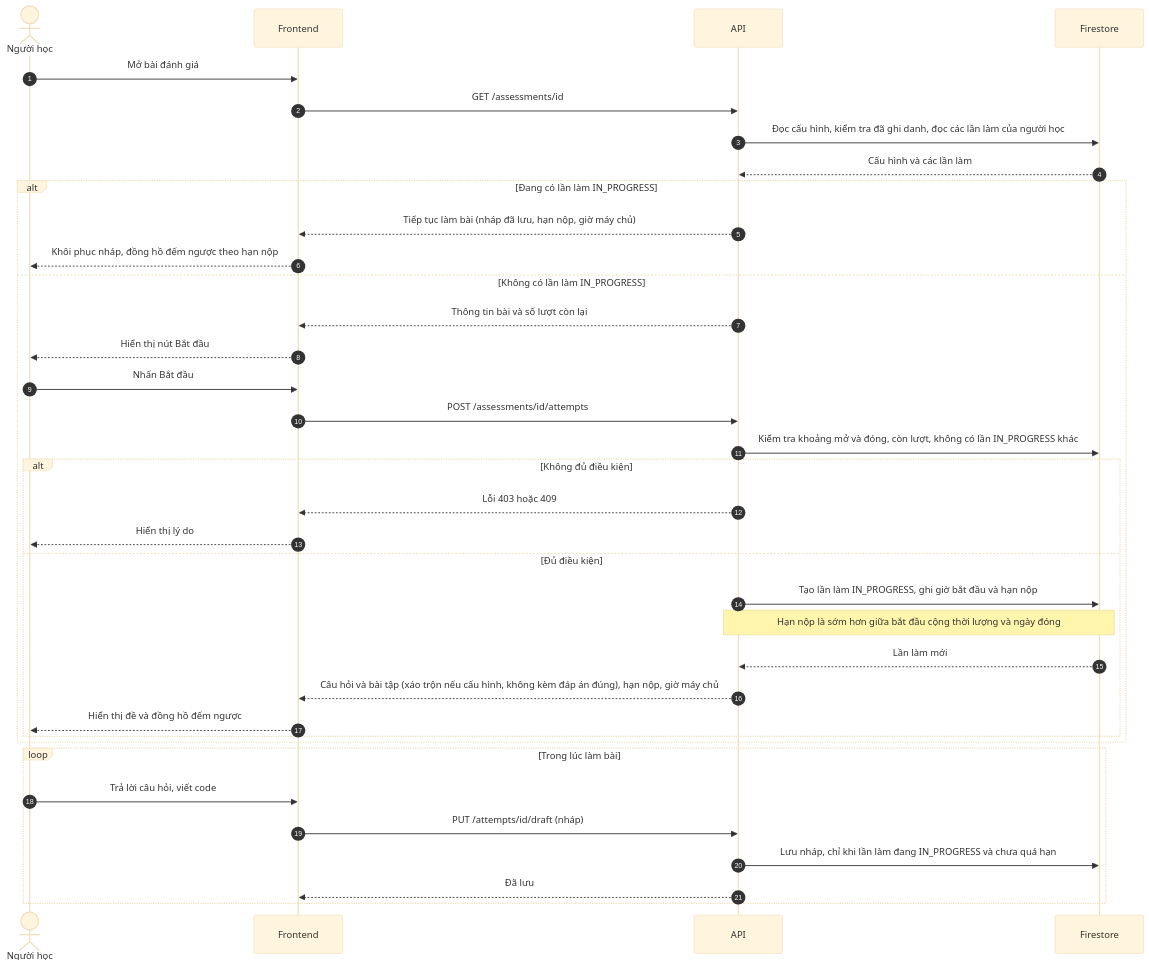
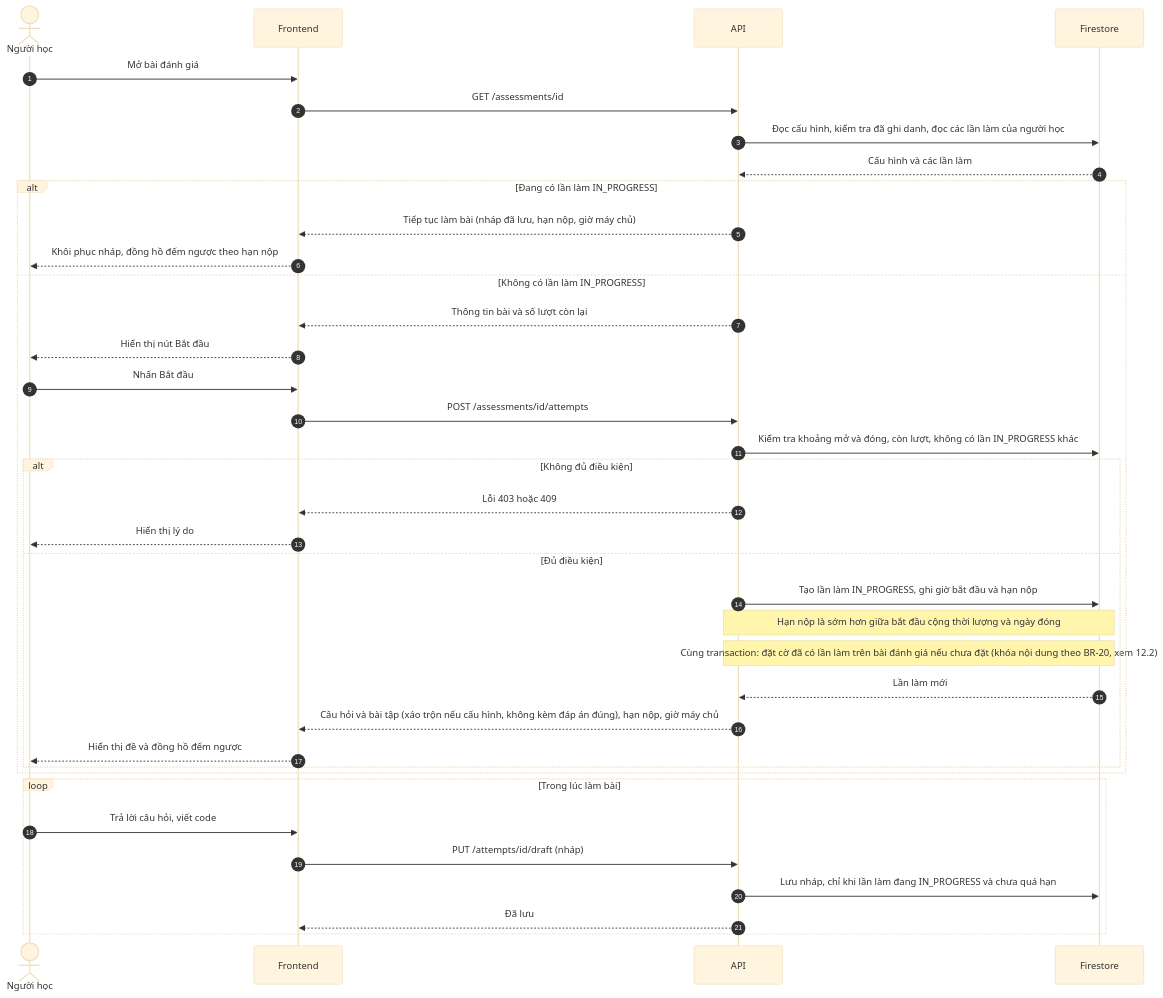
Before and after one commit to krisaleth/codepath: the third of 24 diagrams in docs/sequence-diagram.md, drawn with Mermaid (base theme). The commit also changed other lines of this file and 2 other files, not shown here.

````diff
--- a/docs/sequence-diagram.md
+++ b/docs/sequence-diagram.md
@@ -215,42 +221,43 @@
 ```mermaid
 sequenceDiagram
   autonumber
   actor L as Người học
   participant FE as Frontend
   participant API as API
   participant DB as Firestore
 
   L->>FE: Mở bài đánh giá
   FE->>API: GET /assessments/id
   API->>DB: Đọc cấu hình, kiểm tra đã ghi danh, đọc các lần làm của người học
   DB-->>API: Cấu hình và các lần làm
 
   alt Đang có lần làm IN_PROGRESS
     API-->>FE: Tiếp tục làm bài (nháp đã lưu, hạn nộp, giờ máy chủ)
     FE-->>L: Khôi phục nháp, đồng hồ đếm ngược theo hạn nộp
   else Không có lần làm IN_PROGRESS
     API-->>FE: Thông tin bài và số lượt còn lại
     FE-->>L: Hiển thị nút Bắt đầu
     L->>FE: Nhấn Bắt đầu
     FE->>API: POST /assessments/id/attempts
     API->>DB: Kiểm tra khoảng mở và đóng, còn lượt, không có lần IN_PROGRESS khác
 
     alt Không đủ điều kiện
       API-->>FE: Lỗi 403 hoặc 409
       FE-->>L: Hiển thị lý do
     else Đủ điều kiện
       API->>DB: Tạo lần làm IN_PROGRESS, ghi giờ bắt đầu và hạn nộp
       Note over API,DB: Hạn nộp là sớm hơn giữa bắt đầu cộng thời lượng và ngày đóng
+      Note over API,DB: Cùng transaction: đặt cờ đã có lần làm trên bài đánh giá nếu chưa đặt (khóa nội dung theo BR-20, xem 12.2)
       DB-->>API: Lần làm mới
       API-->>FE: Câu hỏi và bài tập (xáo trộn nếu cấu hình, không kèm đáp án đúng), hạn nộp, giờ máy chủ
       FE-->>L: Hiển thị đề và đồng hồ đếm ngược
     end
   end
 
   loop Trong lúc làm bài
     L->>FE: Trả lời câu hỏi, viết code
     FE->>API: PUT /attempts/id/draft (nháp)
     API->>DB: Lưu nháp, chỉ khi lần làm đang IN_PROGRESS và chưa quá hạn
     API-->>FE: Đã lưu
   end
 ```
````
